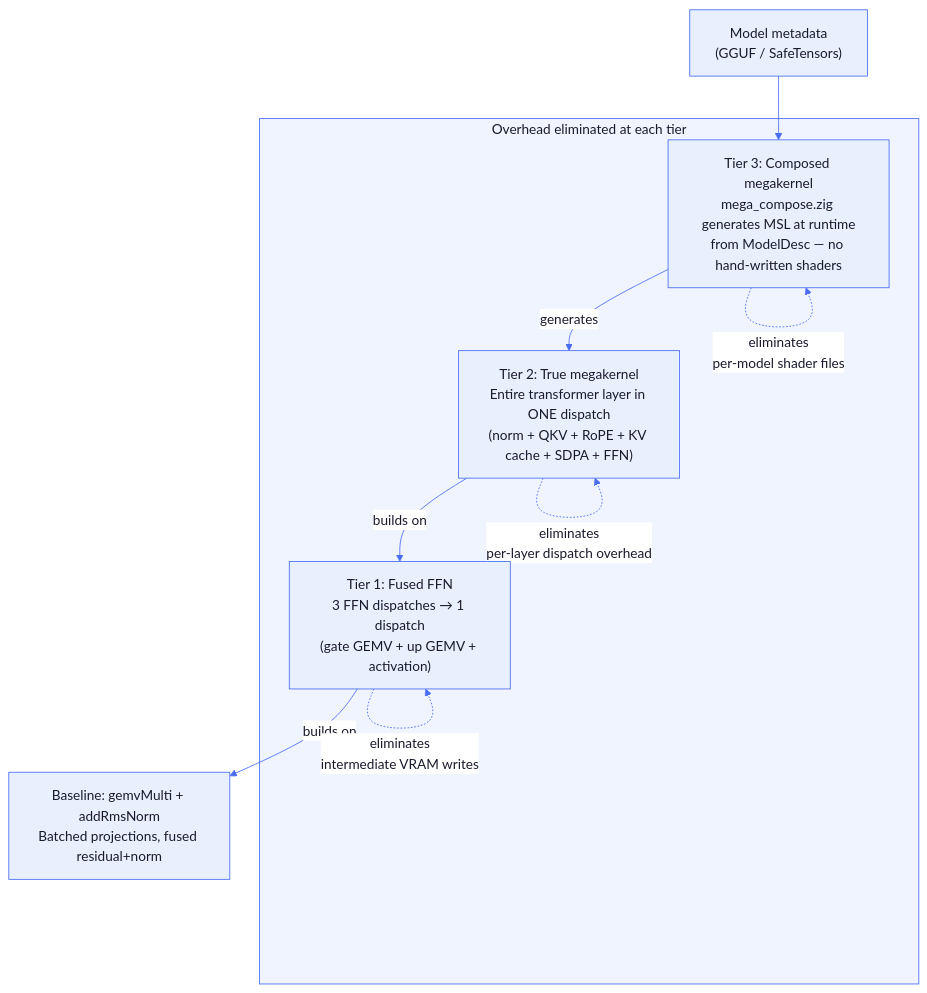
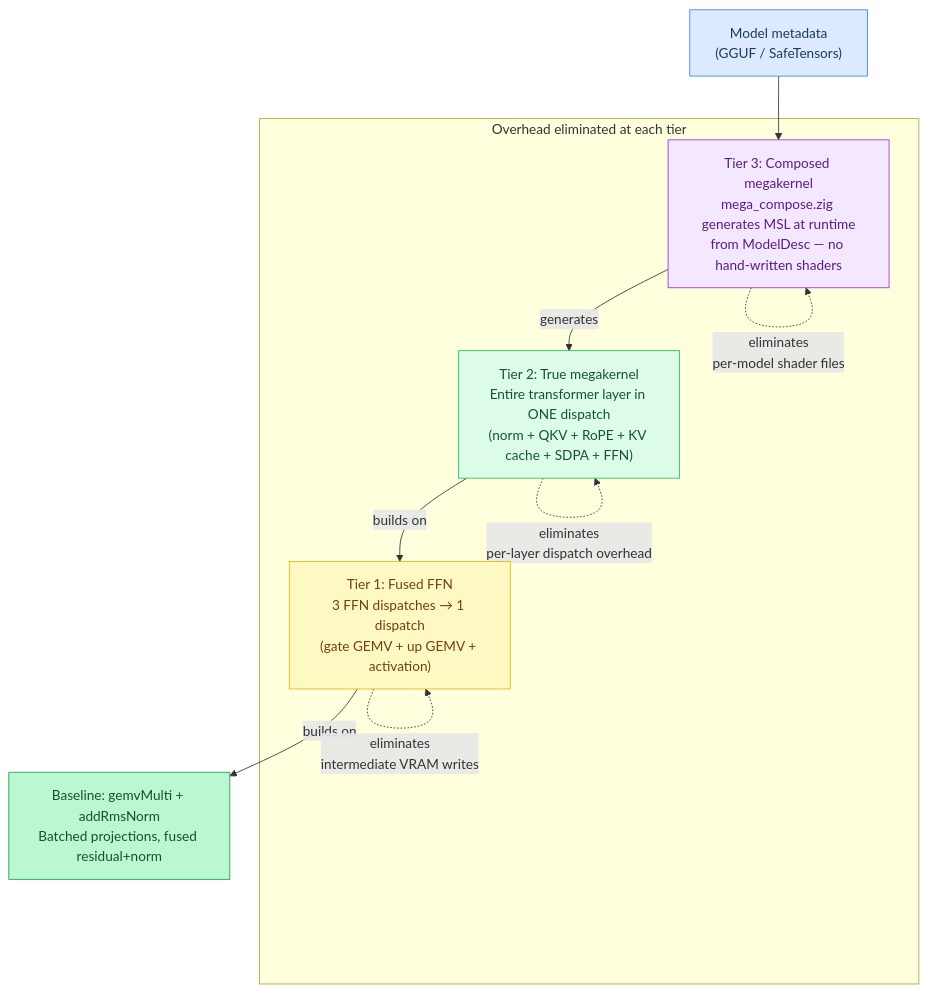
The fifth of 8 diagrams in docs/tutorial/13-batched-dispatch-and-fusion.md (maci0/agave), drawn with Mermaid before and after one commit. The commit also changed other lines of this file and 24 other files, not shown here.

First line of the commit message:
docs: convert all mermaid diagrams to classDef semantic colors

````diff
--- a/docs/tutorial/13-batched-dispatch-and-fusion.md
+++ b/docs/tutorial/13-batched-dispatch-and-fusion.md
@@ -559,33 +543,30 @@
 ```mermaid
-%%{init: {'theme': 'base', 'themeVariables': {
-  'primaryColor': '#e8f0fe',
-  'primaryTextColor': '#1a1a2e',
-  'primaryBorderColor': '#4a6cf7',
-  'lineColor': '#4a6cf7',
-  'secondaryColor': '#f0f4ff',
-  'tertiaryColor': '#f8f9ff',
-  'edgeLabelBackground': '#ffffff',
-  'clusterBkg': '#f0f4ff',
-  'clusterBorder': '#4a6cf7',
-  'titleColor': '#1a1a2e',
-  'nodeTextColor': '#1a1a2e',
-  'fontFamily': 'ui-monospace, SFMono-Regular, monospace'
-}}}%%
 graph TD
-    Meta["Model metadata\n(GGUF / SafeTensors)"]
+    classDef setup     fill:#dbeafe,stroke:#3b82f6,color:#1e3a5f
+    classDef sync      fill:#dcfce7,stroke:#22c55e,color:#14532d
+    classDef migration fill:#fef9c3,stroke:#eab308,color:#713f12
+    classDef success   fill:#bbf7d0,stroke:#16a34a,color:#14532d
+    classDef danger    fill:#fee2e2,stroke:#ef4444,color:#7f1d1d
+    classDef optional  fill:#f3e8ff,stroke:#9333ea,color:#581c87
 
-    Meta --> T3["Tier 3: Composed megakernel\nmega_compose.zig generates MSL at runtime\nfrom ModelDesc — no hand-written shaders"]
-    T3 -->|"generates"| T2["Tier 2: True megakernel\nEntire transformer layer in ONE dispatch\n(norm + QKV + RoPE + KV cache + SDPA + FFN)"]
-    T2 -->|"builds on"| T1["Tier 1: Fused FFN\n3 FFN dispatches → 1 dispatch\n(gate GEMV + up GEMV + activation)"]
-    T1 -->|"builds on"| Base["Baseline: gemvMulti + addRmsNorm\nBatched projections, fused residual+norm"]
+    Meta["Model metadata\n(GGUF / SafeTensors)"]:::setup
+    T3["Tier 3: Composed megakernel\nmega_compose.zig generates MSL at runtime\nfrom ModelDesc — no hand-written shaders"]:::optional
+    T2["Tier 2: True megakernel\nEntire transformer layer in ONE dispatch\n(norm + QKV + RoPE + KV cache + SDPA + FFN)"]:::sync
+    T1["Tier 1: Fused FFN\n3 FFN dispatches → 1 dispatch\n(gate GEMV + up GEMV + activation)"]:::migration
+    Base["Baseline: gemvMulti + addRmsNorm\nBatched projections, fused residual+norm"]:::success
+
+    Meta --> T3
+    T3 -->|"generates"| T2
+    T2 -->|"builds on"| T1
+    T1 -->|"builds on"| Base
 
     T3 -. "eliminates\nper-model shader files" .-> T3
     T2 -. "eliminates\nper-layer dispatch overhead" .-> T2
     T1 -. "eliminates\nintermediate VRAM writes" .-> T1
 
     subgraph Scope["Overhead eliminated at each tier"]
         T1
         T2
         T3
     end
 ```
````
